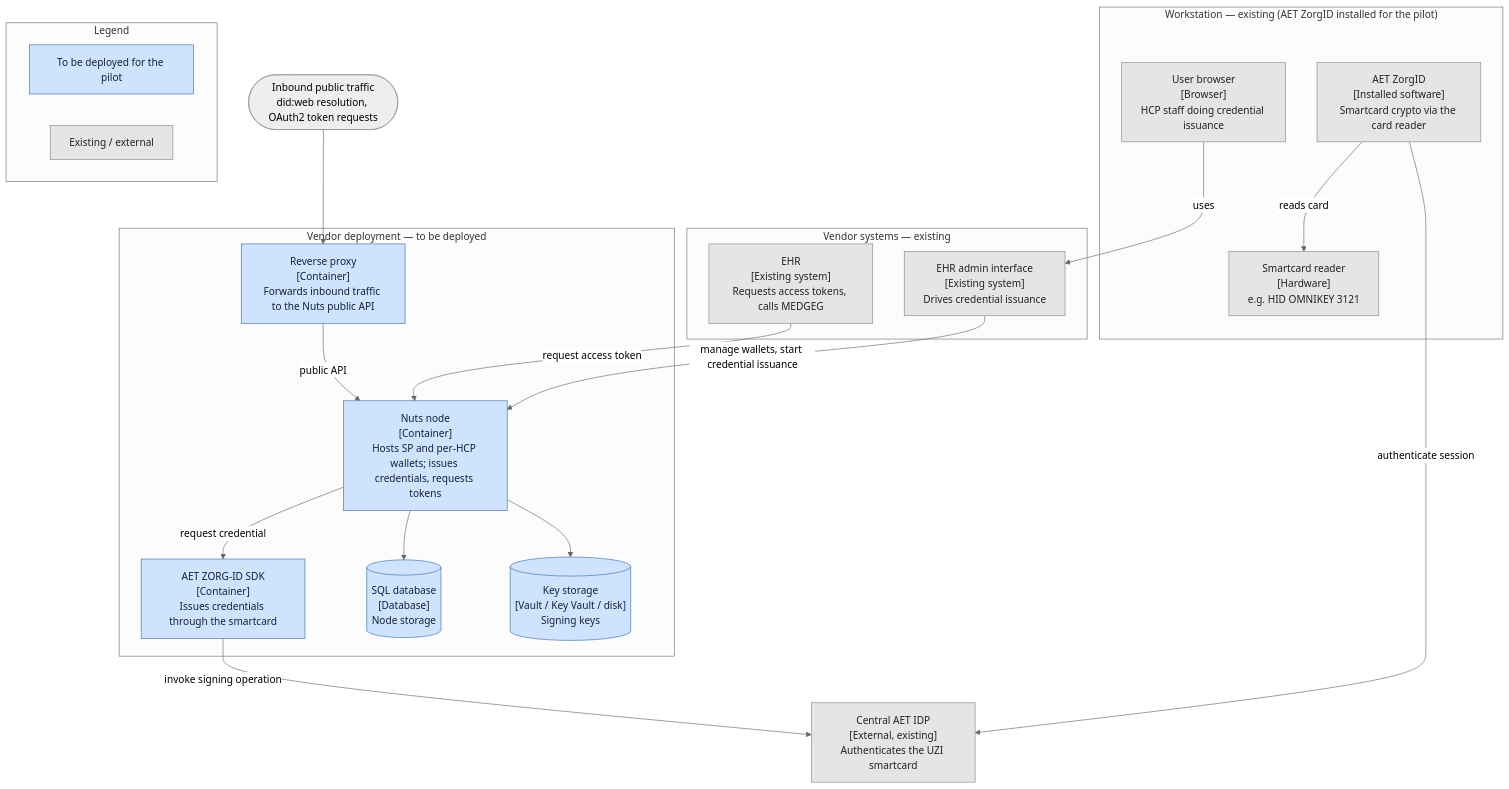
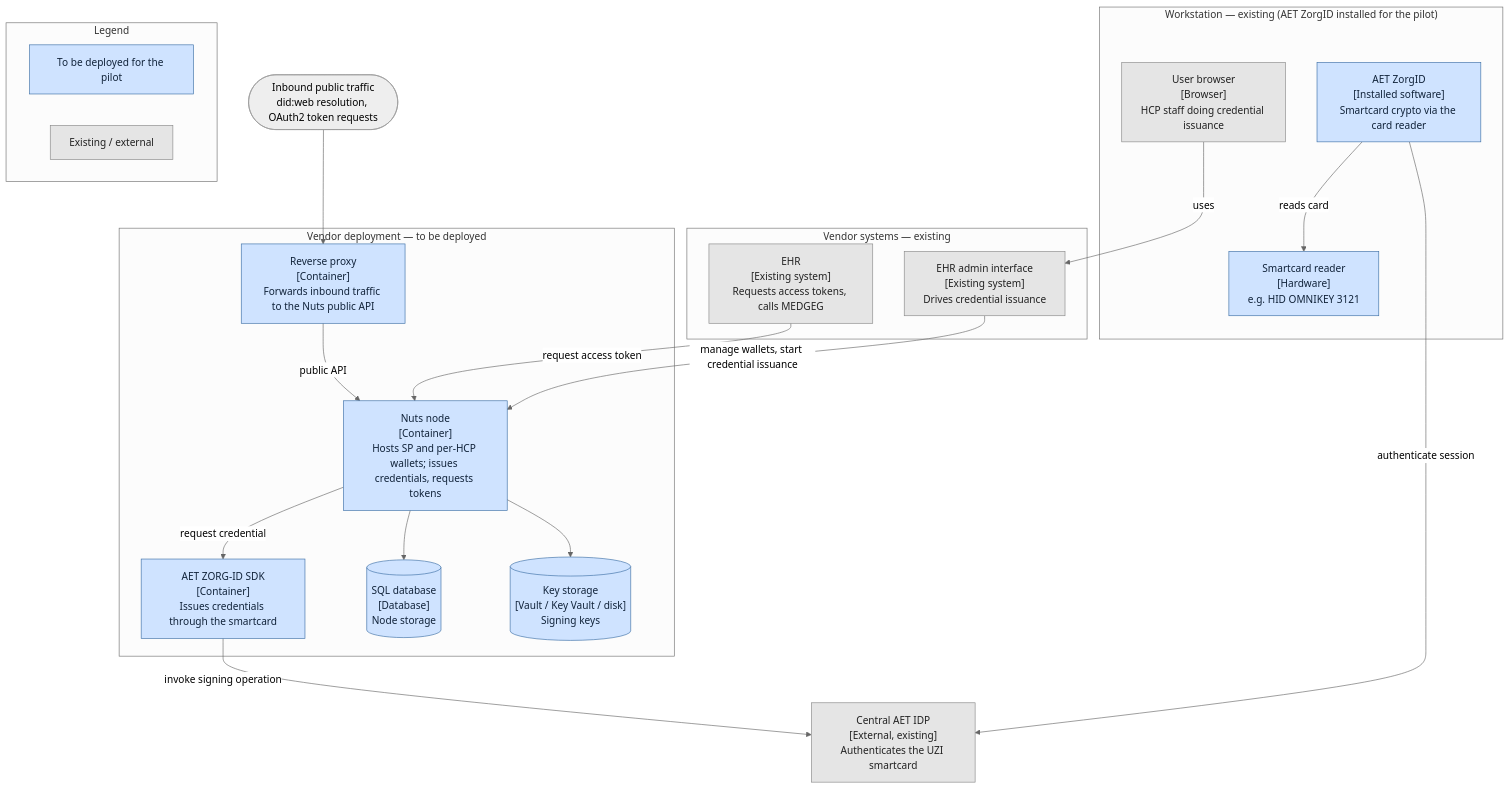
The diagram in docs/deployment-guide.md (nuts-foundation/lspxnuts-pilots), drawn with Mermaid (neutral theme) before and after one commit.

Commit message:
docs: mark AET ZorgID and smartcard reader as to-be-deployed
Assisted by AI

````diff
--- a/docs/deployment-guide.md
+++ b/docs/deployment-guide.md
@@ -32,48 +32,48 @@
 ```mermaid
 flowchart TB
   subgraph WS["Workstation — existing (AET ZorgID installed for the pilot)"]
     Browser["User browser<br/>[Browser]<br/>HCP staff doing credential issuance"]
     ZorgID["AET ZorgID<br/>[Installed software]<br/>Smartcard crypto via the card reader"]
     Reader["Smartcard reader<br/>[Hardware]<br/>e.g. HID OMNIKEY 3121"]
   end
 
   Inbound(["Inbound public traffic<br/>did:web resolution, OAuth2 token requests"])
 
   subgraph Vendor["Vendor deployment — to be deployed"]
     RP["Reverse proxy<br/>[Container]<br/>Forwards inbound traffic to the Nuts public API"]
     Node["Nuts node<br/>[Container]<br/>Hosts SP and per-HCP wallets; issues credentials, requests tokens"]
     AETSDK["AET ZORG-ID SDK<br/>[Container]<br/>Issues credentials through the smartcard"]
     DB[("SQL database<br/>[Database]<br/>Node storage")]
     Keys[("Key storage<br/>[Vault / Key Vault / disk]<br/>Signing keys")]
   end
 
   subgraph Systems["Vendor systems — existing"]
     EHR["EHR<br/>[Existing system]<br/>Requests access tokens, calls MEDGEG"]
     Admin["EHR admin interface<br/>[Existing system]<br/>Drives credential issuance"]
   end
 
   AETIDP["Central AET IDP<br/>[External, existing]<br/>Authenticates the UZI smartcard"]
 
   Inbound --> RP
   RP -->|public API| Node
   Node -->|request credential| AETSDK
   AETSDK -->|invoke signing operation| AETIDP
   Node --> DB
   Node --> Keys
   EHR -->|request access token| Node
   Admin -->|manage wallets, start credential issuance| Node
   Browser -->|uses| Admin
   ZorgID -->|reads card| Reader
   ZorgID -->|authenticate session| AETIDP
 
   subgraph Legend["Legend"]
     direction LR
     L1["To be deployed for the pilot"]
     L2["Existing / external"]
   end
 
   classDef deploy fill:#cfe3ff,stroke:#3b6ea5,color:#11233a;
   classDef existing fill:#e5e5e5,stroke:#888,color:#222;
-  class RP,Node,AETSDK,DB,Keys,L1 deploy;
-  class EHR,Admin,AETIDP,Browser,ZorgID,Reader,L2 existing;
+  class RP,Node,AETSDK,DB,Keys,ZorgID,Reader,L1 deploy;
+  class EHR,Admin,AETIDP,Browser,L2 existing;
 ```
````
